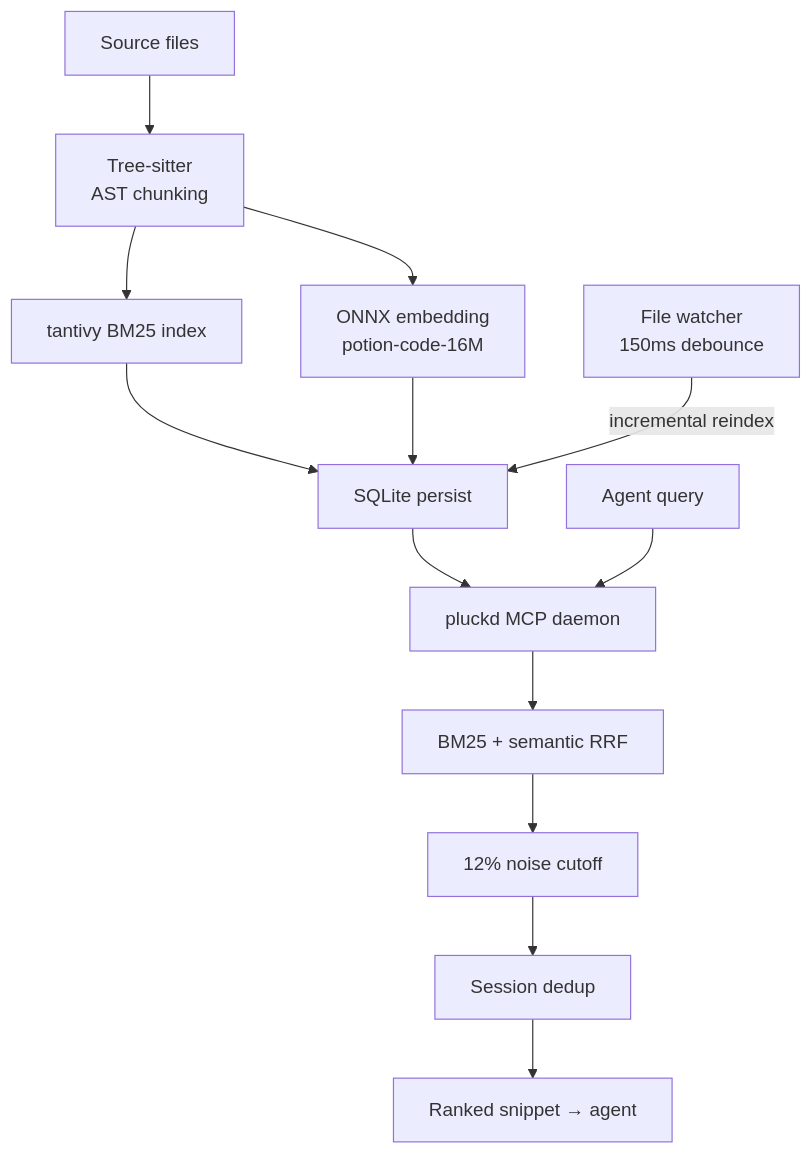
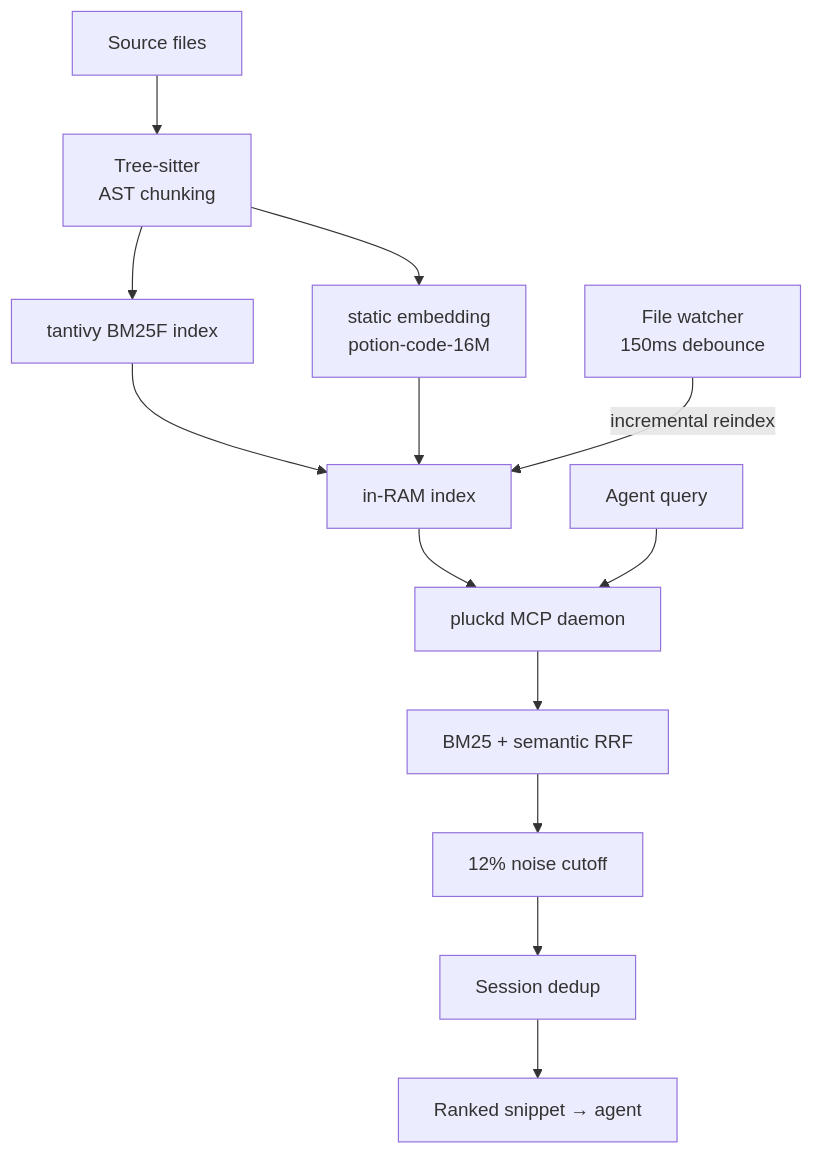
The first of 4 diagrams in README.md (hunhee98/pluck), drawn with Mermaid before and after one commit. The commit also changed other lines of this file and 1 other file, not shown here.

````diff
--- a/README.md
+++ b/README.md
@@ -63,15 +68,15 @@
 ```mermaid
 flowchart TD
   A[Source files] --> B[Tree-sitter\nAST chunking]
-  B --> C[tantivy BM25 index]
-  B --> D[ONNX embedding\npotion-code-16M]
-  C --> E[SQLite persist]
+  B --> C[tantivy BM25F index]
+  B --> D[static embedding\npotion-code-16M]
+  C --> E[in-RAM index]
   D --> E
   E --> F[pluckd MCP daemon]
   G[File watcher\n150ms debounce] -->|incremental reindex| E
   H[Agent query] --> F
   F --> I[BM25 + semantic RRF]
   I --> J[12% noise cutoff]
   J --> K[Session dedup]
   K --> L[Ranked snippet → agent]
 ```
````
